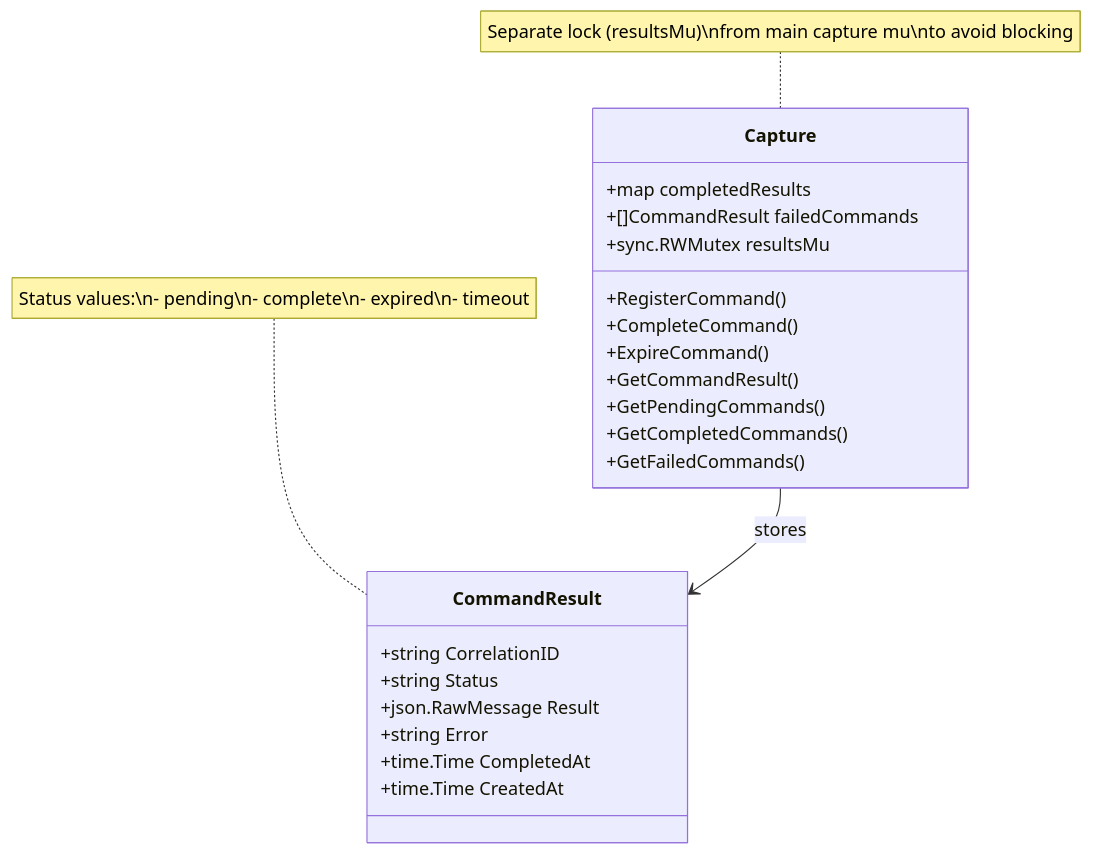
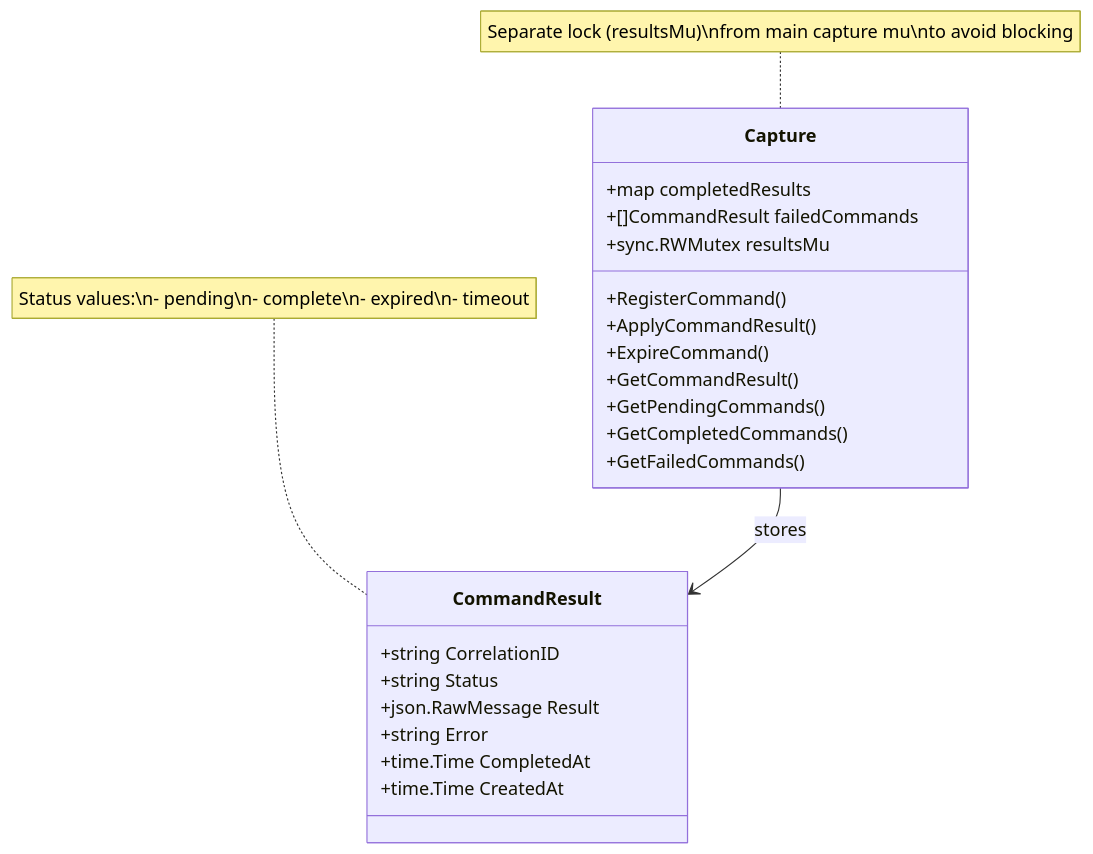
One commit to brennhill/Kaboom-Browser-AI-Devtools-MCP changed the third of 4 diagrams in docs/architecture/diagrams/correlation-id-lifecycle.md. Above: the diagram before and after it, drawn with Mermaid. The commit also changed other lines of this file and 35 other files, not shown here.

````diff
--- a/docs/architecture/diagrams/correlation-id-lifecycle.md
+++ b/docs/architecture/diagrams/correlation-id-lifecycle.md
@@ -79,29 +79,29 @@
 ```mermaid
 classDiagram
     class CommandResult {
         +string CorrelationID
         +string Status
         +json.RawMessage Result
         +string Error
         +time.Time CompletedAt
         +time.Time CreatedAt
     }
 
     class Capture {
         +map completedResults
         +[]CommandResult failedCommands
         +sync.RWMutex resultsMu
         +RegisterCommand()
-        +CompleteCommand()
+        +ApplyCommandResult()
         +ExpireCommand()
         +GetCommandResult()
         +GetPendingCommands()
         +GetCompletedCommands()
         +GetFailedCommands()
     }
 
     Capture --> CommandResult : stores
 
     note for CommandResult "Status values:\n- pending\n- complete\n- expired\n- timeout"
     note for Capture "Separate lock (resultsMu)\nfrom main capture mu\nto avoid blocking"
 ```
````
